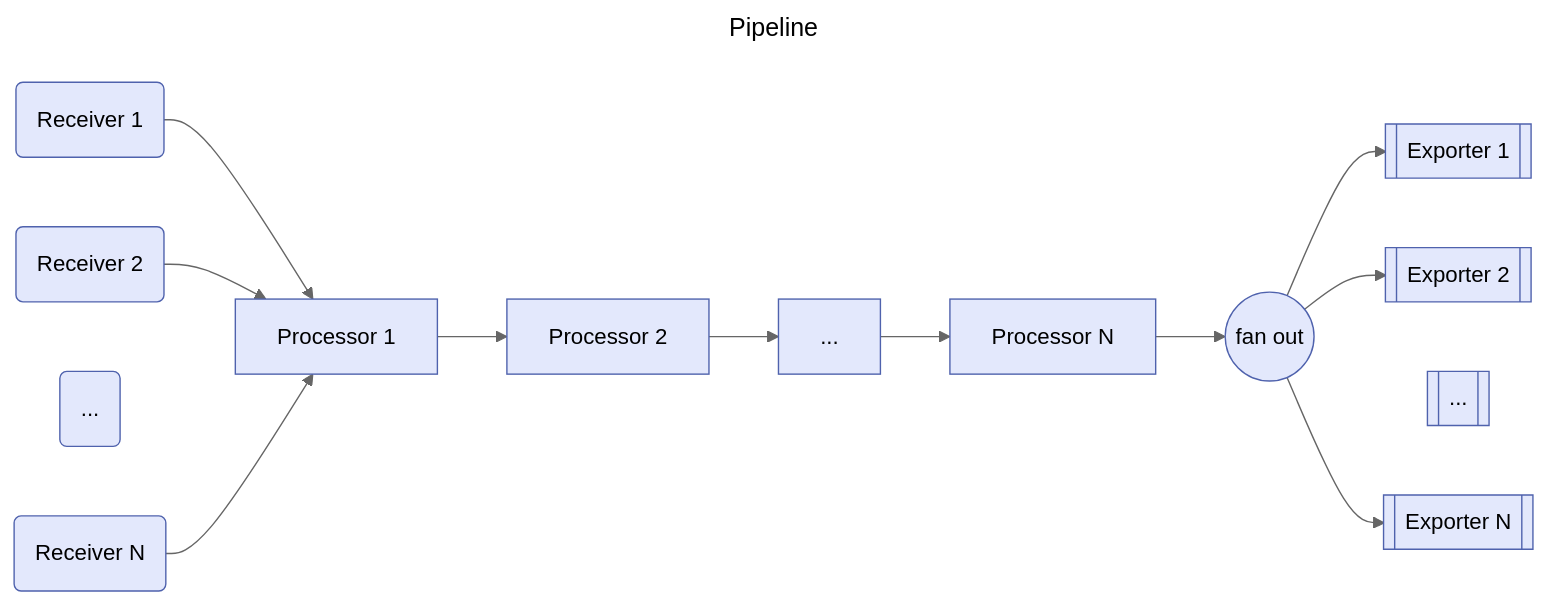
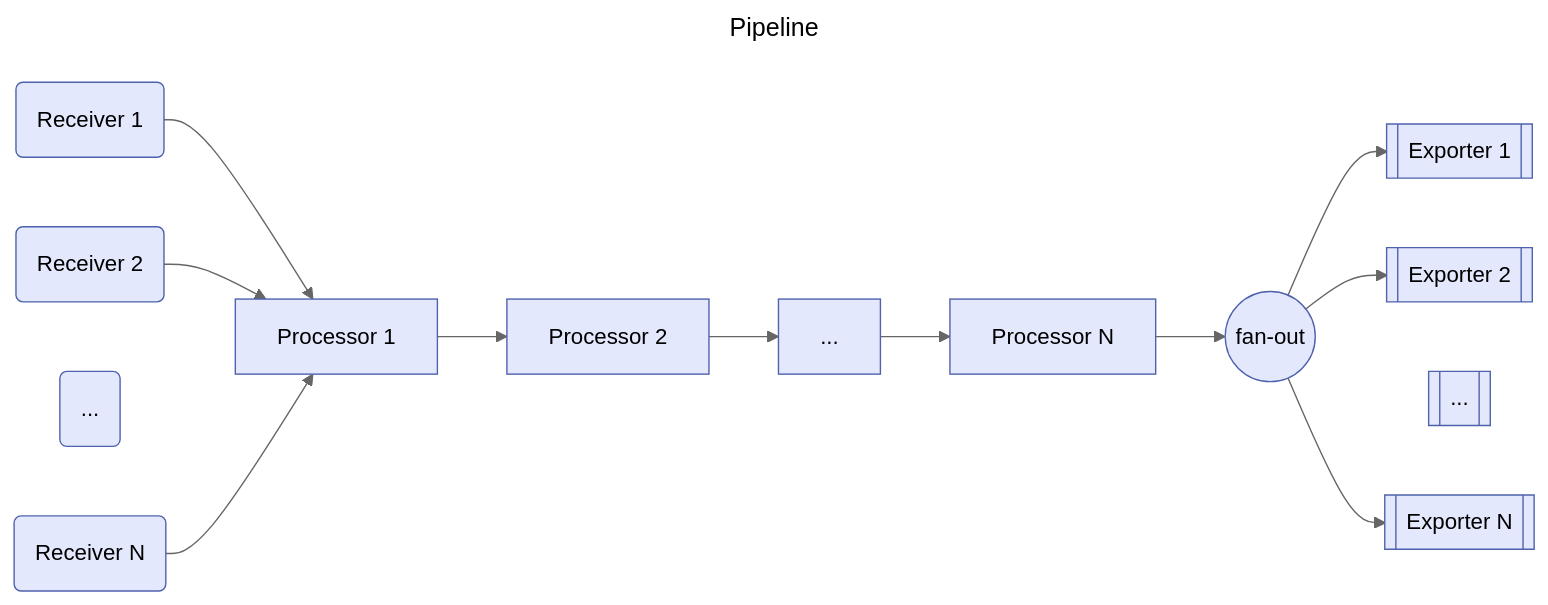
The first of 4 diagrams in content/en/docs/collector/architecture.md (open-telemetry/opentelemetry.io), drawn with Mermaid (neutral theme) before and after one commit. The commit also changed other lines of this file, not shown here.

````diff
--- a/content/en/docs/collector/architecture.md
+++ b/content/en/docs/collector/architecture.md
@@ -43,21 +43,21 @@
 ```mermaid
 ---
 title: Pipeline
 ---
 flowchart LR
     R1(Receiver 1) --> P1[Processor 1]
     R2(Receiver 2) --> P1
     RM(...) ~~~ P1
     RN(Receiver N) --> P1
     P1 --> P2[Processor 2]
     P2 --> PM[...]
     PM --> PN[Processor N]
-    PN --> FO((fan out))
+    PN --> FO((fan-out))
     FO --> E1[[Exporter 1]]
     FO --> E2[[Exporter 2]]
     FO ~~~ EM[[...]]
     FO --> EN[[Exporter N]]
 
     %% The stroke color matches the website header.
     classDef default fill:#e3e8fc,stroke:#4f62ad
 ```
````
